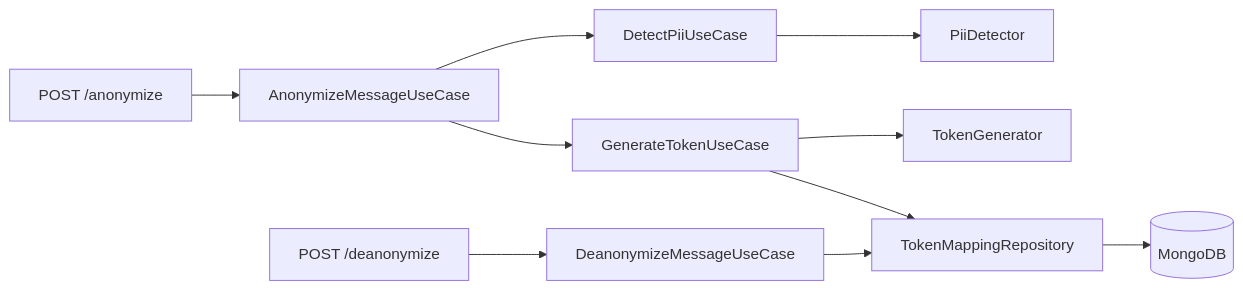
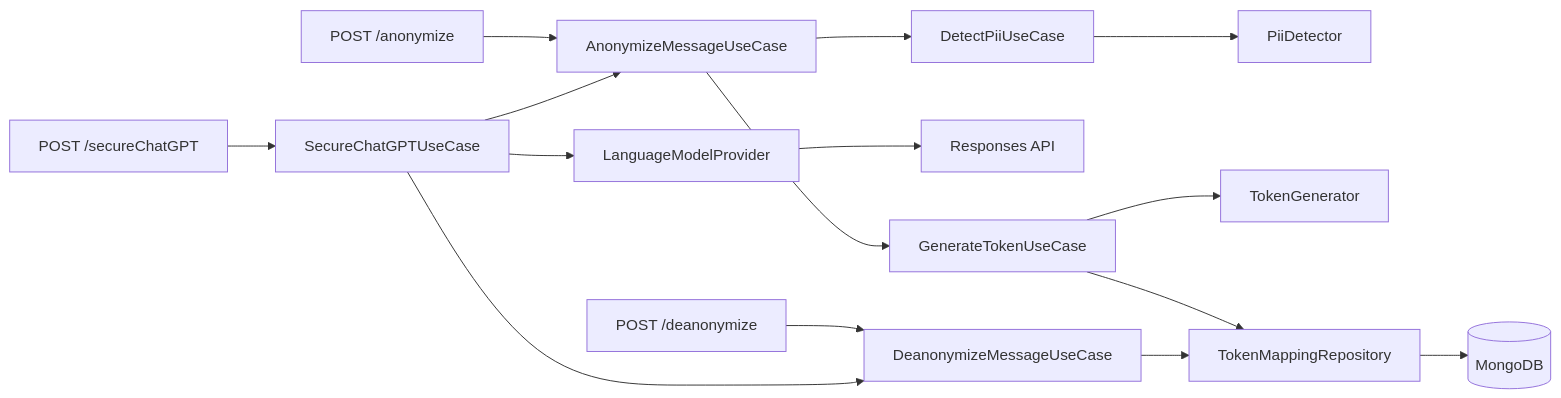
Before and after one commit to Soachi99/poc_banco_andino_grupo_6: the diagram in README.md, drawn with Mermaid. The commit also changed other lines of this file and 19 other files, not shown here.

First line of the commit message:
Integrate OpenAI API for secure chat functionality

````diff
--- a/README.md
+++ b/README.md
@@ -64,12 +88,17 @@
 ```mermaid
 flowchart LR
   HTTP["POST /anonymize"] --> Anonymize[AnonymizeMessageUseCase]
   Restore["POST /deanonymize"] --> Deanonymize[DeanonymizeMessageUseCase]
+  Chat["POST /secureChatGPT"] --> Secure[SecureChatGPTUseCase]
+  Secure --> Anonymize
+  Secure --> Model[LanguageModelProvider]
+  Secure --> Deanonymize
+  Model --> OpenAI[Responses API]
   Anonymize --> Detect[DetectPiiUseCase]
   Anonymize --> Tokens[GenerateTokenUseCase]
   Detect --> Detector[PiiDetector]
   Tokens --> Generator[TokenGenerator]
   Tokens --> Vault[TokenMappingRepository]
   Deanonymize --> Vault
   Vault --> Mongo[(MongoDB)]
 ```
````
